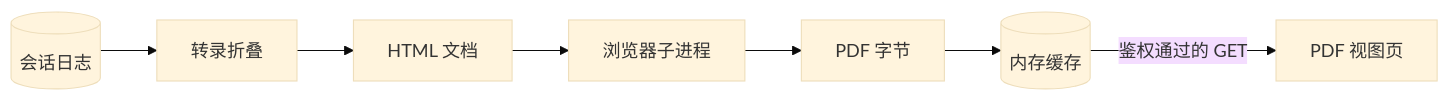
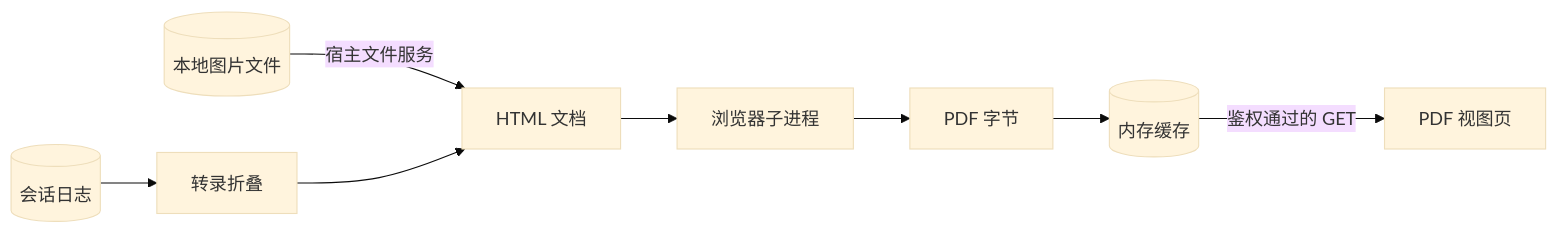
One commit to ccll/dsh-export-pdf changed the sixth of 6 diagrams in SOLUTION.md. Above: the diagram before and after it, drawn with Mermaid (base theme). The commit also changed other lines of this file and 19 other files, not shown here.

First line of the commit message:
⭐ 功能(export-pdf): 嵌入原图覆盖 Markdown 本地图片（T-015）

````diff
--- a/SOLUTION.md
+++ b/SOLUTION.md
@@ -177,9 +183,10 @@
 ```mermaid
 flowchart LR
   log[(会话日志)] --> fold[转录折叠]
+  files[(本地图片文件)] -->|宿主文件服务| html
   fold --> html[HTML 文档]
   html --> child[浏览器子进程]
   child --> pdf[PDF 字节]
   pdf --> cache[(内存缓存)]
   cache -->|鉴权通过的 GET| ui[PDF 视图页]
 ```
````
